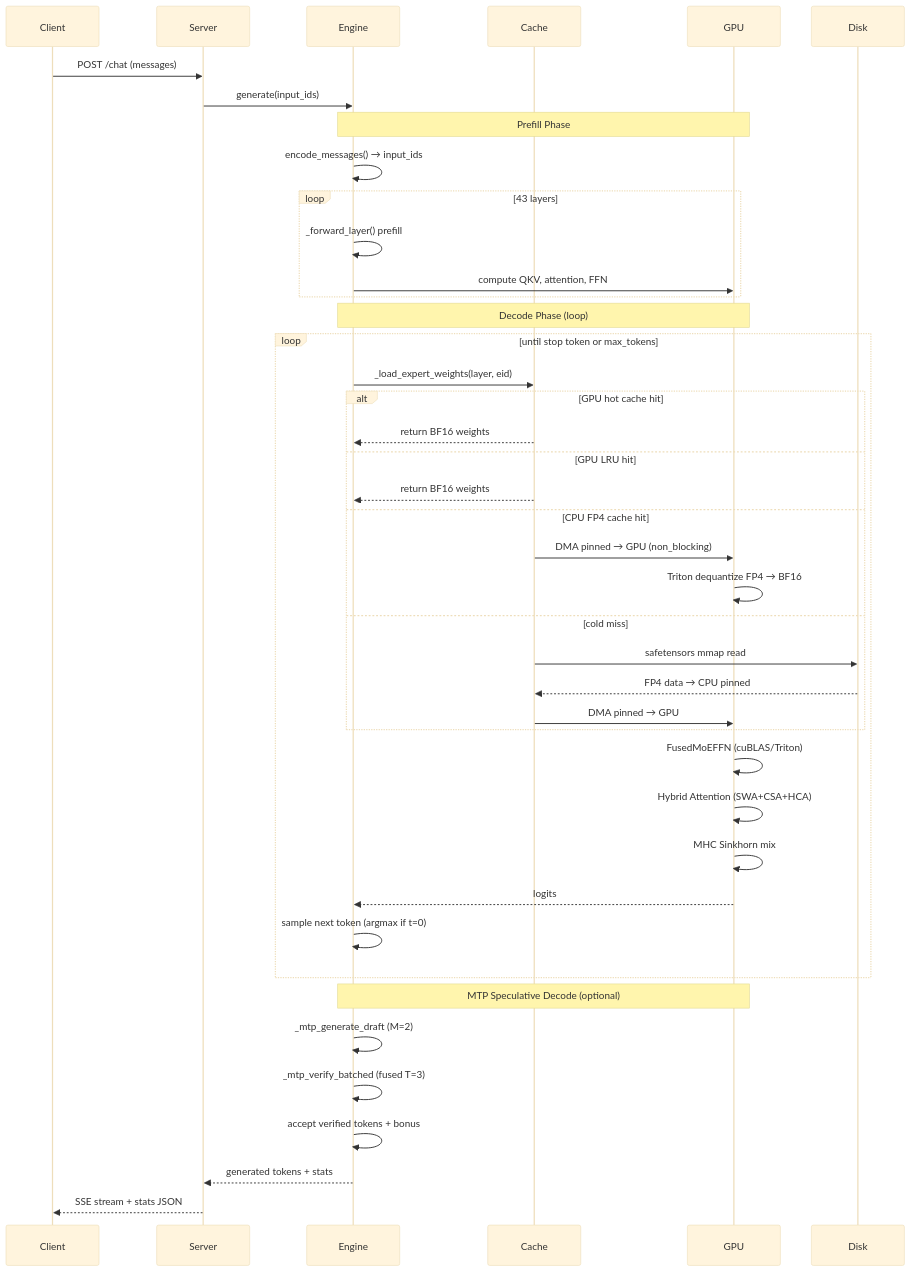
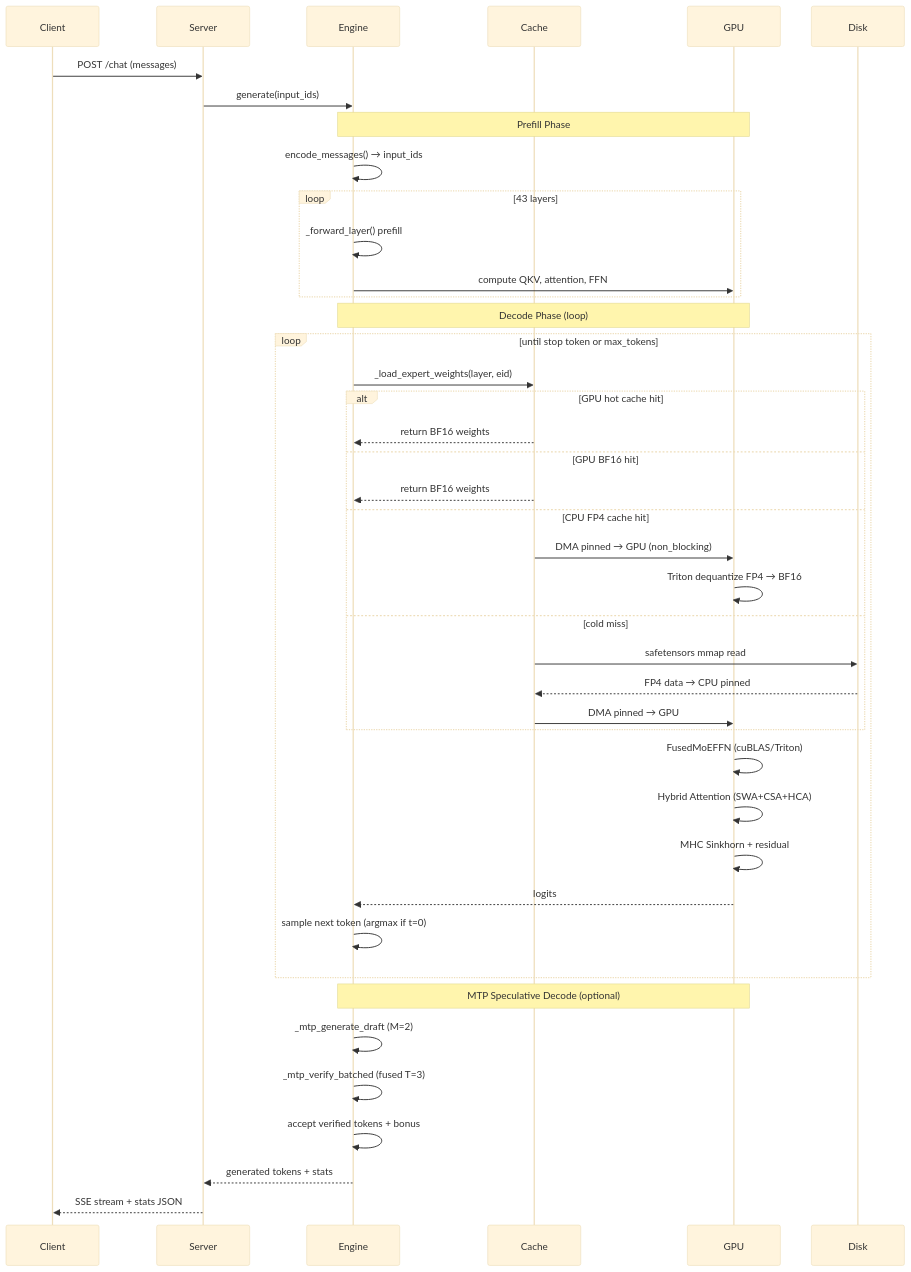
Before and after one commit to QingGo/home-seek: the second of 3 diagrams in README_EN.md, drawn with Mermaid (base theme). The commit also changed other lines of this file and 1 other file, not shown here.

````diff
--- a/README_EN.md
+++ b/README_EN.md
@@ -81,48 +81,48 @@
 ```mermaid
 sequenceDiagram
     participant C as Client
     participant S as Server
     participant E as Engine
     participant CA as Cache
     participant GPU as GPU
 
     C->>S: POST /chat (messages)
     S->>E: generate(input_ids)
 
     Note over E,GPU: Prefill Phase
     E->>E: encode_messages() → input_ids
     loop 43 layers
         E->>E: _forward_layer() prefill
         E->>GPU: compute QKV, attention, FFN
     end
 
     Note over E,GPU: Decode Phase (loop)
     loop until stop token or max_tokens
         E->>CA: _load_expert_weights(layer, eid)
         alt GPU hot cache hit
             CA-->>E: return BF16 weights
-        else GPU LRU hit
+        else GPU BF16 hit
             CA-->>E: return BF16 weights
         else CPU FP4 cache hit
             CA->>GPU: DMA pinned → GPU (non_blocking)
             GPU->>GPU: Triton dequantize FP4 → BF16
         else cold miss
             CA->>Disk: safetensors mmap read
             Disk-->>CA: FP4 data → CPU pinned
             CA->>GPU: DMA pinned → GPU
         end
         GPU->>GPU: FusedMoEFFN (cuBLAS/Triton)
         GPU->>GPU: Hybrid Attention (SWA+CSA+HCA)
-        GPU->>GPU: MHC Sinkhorn mix
+        GPU->>GPU: MHC Sinkhorn + residual
         GPU-->>E: logits
         E->>E: sample next token (argmax if t=0)
     end
 
     Note over E,GPU: MTP Speculative Decode (optional)
     E->>E: _mtp_generate_draft (M=2)
     E->>E: _mtp_verify_batched (fused T=3)
     E->>E: accept verified tokens + bonus
 
     E-->>S: generated tokens + stats
     S-->>C: SSE stream + stats JSON
 ```
````
